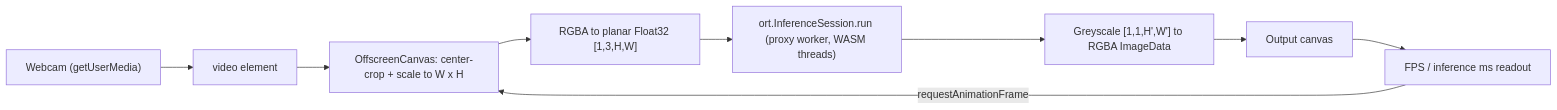
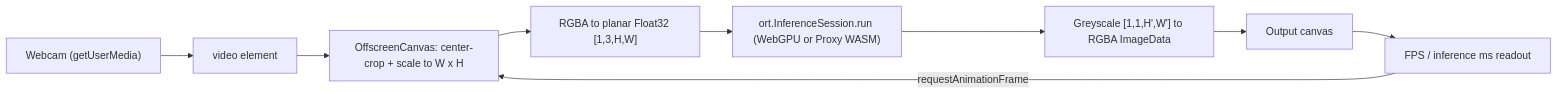
One commit to n1ckfg/informative-drawings-js changed the diagram in ARCHITECTURE.md. Above: the diagram before and after it, drawn with Mermaid. The commit also changed other lines of this file, not shown here.

````diff
--- a/ARCHITECTURE.md
+++ b/ARCHITECTURE.md
@@ -50,11 +46,11 @@
 ```mermaid
 flowchart LR
     Cam["Webcam (getUserMedia)"] --> Video["video element"]
     Video --> Crop["OffscreenCanvas: center-crop + scale to W x H"]
     Crop --> Pre["RGBA to planar Float32 [1,3,H,W]"]
-    Pre --> ORT["ort.InferenceSession.run (proxy worker, WASM threads)"]
+    Pre --> ORT["ort.InferenceSession.run (WebGPU or Proxy WASM)"]
     ORT --> Post["Greyscale [1,1,H',W'] to RGBA ImageData"]
     Post --> Out["Output canvas"]
     Out --> Stats["FPS / inference ms readout"]
     Stats -->|requestAnimationFrame| Crop
 ```
````
